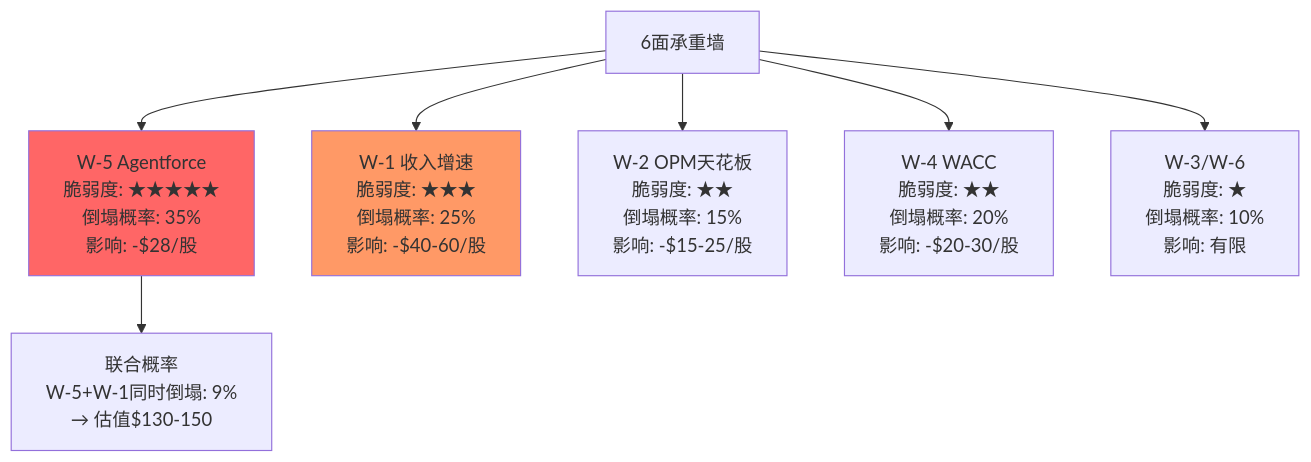
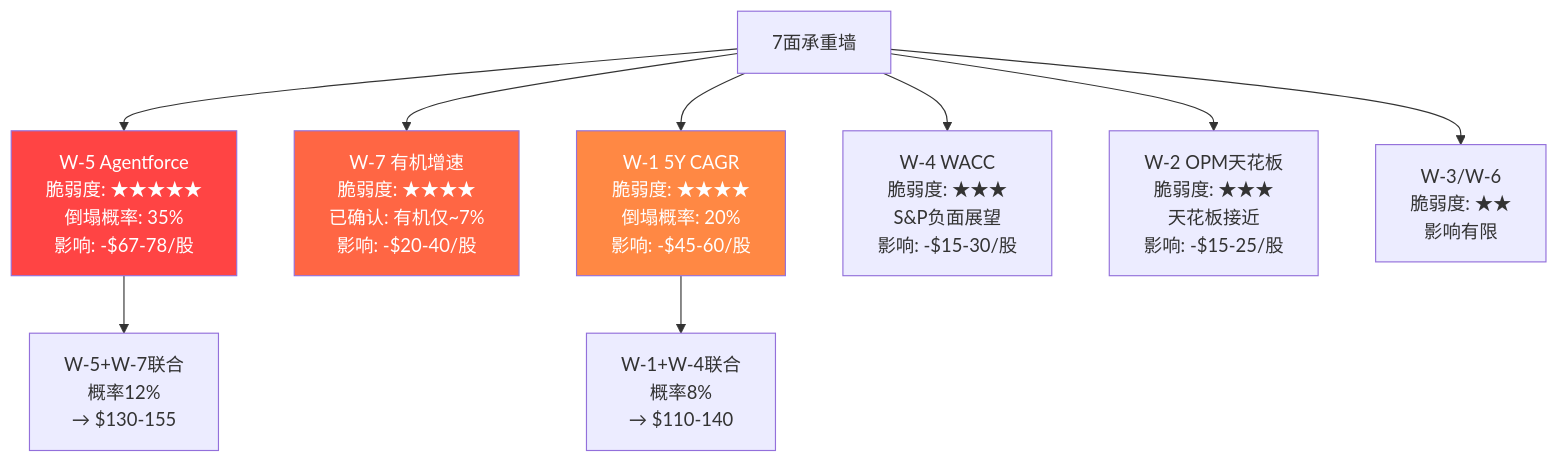
The first of 5 diagrams in reports/CRM/staging/phase3_red_team.md (miltonnewyork25-afk/investment-master), drawn with Mermaid before and after one commit. The commit also changed other lines of this file, not shown here.

First line of the commit message:
feat(CRM): Phase 3 v2.0重写完成 — 45.7K/51DM/5Mermaid/ADBE跨报告对标

````diff
--- a/reports/CRM/staging/phase3_red_team.md
+++ b/reports/CRM/staging/phase3_red_team.md
@@ -64,11 +139,14 @@
 ```mermaid
 graph TD
-    A["6面承重墙"] --> B["W-5 Agentforce<br/>脆弱度: ★★★★★<br/>倒塌概率: 35%<br/>影响: -$28/股"]
-    A --> C["W-1 收入增速<br/>脆弱度: ★★★<br/>倒塌概率: 25%<br/>影响: -$40-60/股"]
-    A --> D["W-2 OPM天花板<br/>脆弱度: ★★<br/>倒塌概率: 15%<br/>影响: -$15-25/股"]
-    A --> E["W-4 WACC<br/>脆弱度: ★★<br/>倒塌概率: 20%<br/>影响: -$20-30/股"]
-    A --> F["W-3/W-6<br/>脆弱度: ★<br/>倒塌概率: 10%<br/>影响: 有限"]
-    B --> G["联合概率<br/>W-5+W-1同时倒塌: 9%<br/>→ 估值$130-150"]
-    style B fill:#ff6666
-    style C fill:#ff9966
+    A["7面承重墙"] --> B["W-5 Agentforce<br/>脆弱度: ★★★★★<br/>倒塌概率: 35%<br/>影响: -$67-78/股"]
+    A --> C["W-7 有机增速<br/>脆弱度: ★★★★<br/>已确认: 有机仅~7%<br/>影响: -$20-40/股"]
+    A --> D["W-1 5Y CAGR<br/>脆弱度: ★★★★<br/>倒塌概率: 20%<br/>影响: -$45-60/股"]
+    A --> E["W-4 WACC<br/>脆弱度: ★★★<br/>S&P负面展望<br/>影响: -$15-30/股"]
+    A --> F["W-2 OPM天花板<br/>脆弱度: ★★★<br/>天花板接近<br/>影响: -$15-25/股"]
+    A --> G["W-3/W-6<br/>脆弱度: ★★<br/>影响有限"]
+    B --> H["W-5+W-7联合<br/>概率12%<br/>→ $130-155"]
+    D --> I["W-1+W-4联合<br/>概率8%<br/>→ $110-140"]
+    style B fill:#ff4444,color:#ffffff
+    style C fill:#ff6644,color:#ffffff
+    style D fill:#ff8844,color:#ffffff
 ```
````
